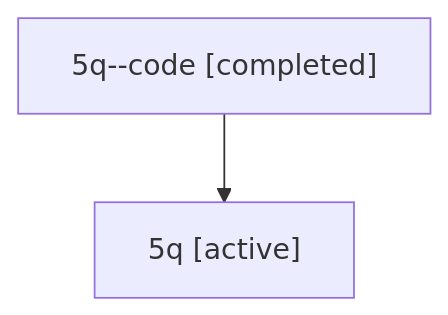
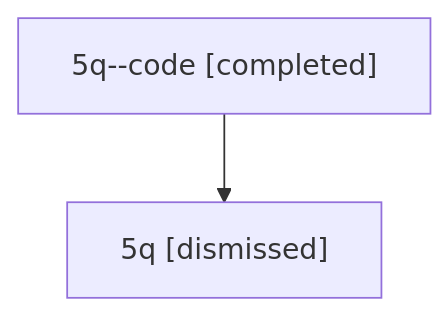
Before and after one commit to sase-org/sase--agents: the diagram in sessions/bbugyi200.athena.5q.md, drawn with Mermaid. The commit also changed other lines of this file and 32 other files, not shown here.

````diff
--- a/sessions/bbugyi200.athena.5q.md
+++ b/sessions/bbugyi200.athena.5q.md
@@ -9,6 +9,6 @@
 ```mermaid
 flowchart TD
   n0["5q--code [completed]"]
-  n1["5q [active]"]
+  n1["5q [dismissed]"]
   n0 --> n1
 ```
````
